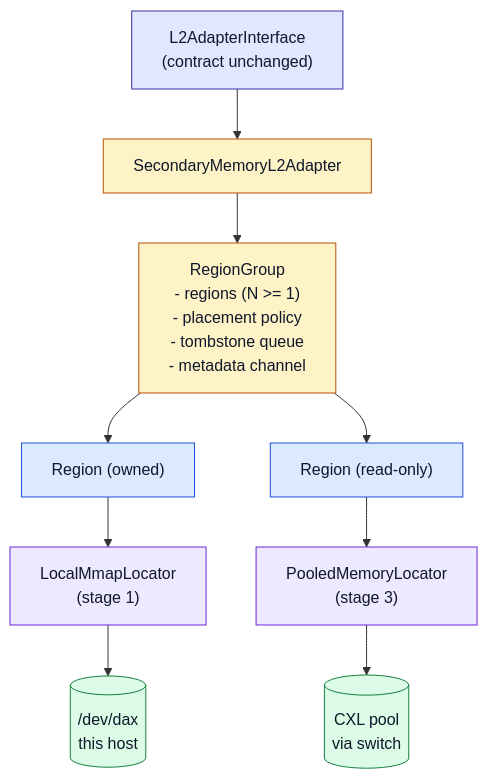
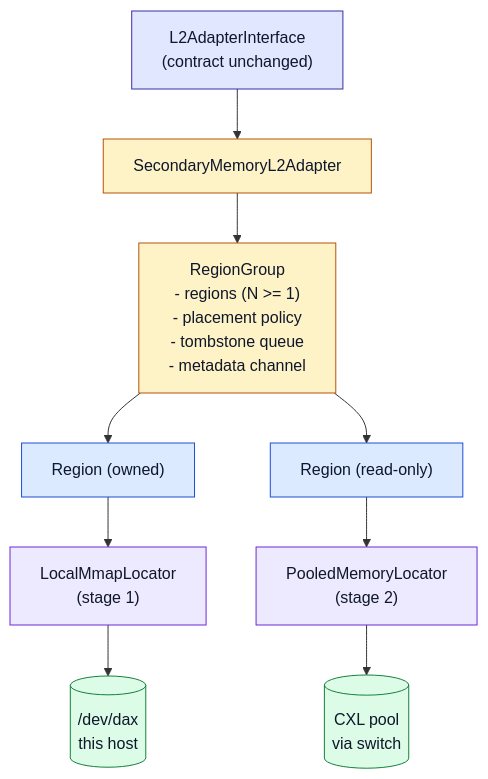
The diagram in docs/design/v1/distributed/l2_adapters/figures/design_overview.mmd (LMCache/LMCache), drawn with Mermaid before and after one commit. The commit also changed 2 other files, not shown here.

```diff
--- a/docs/design/v1/distributed/l2_adapters/figures/design_overview.mmd
+++ b/docs/design/v1/distributed/l2_adapters/figures/design_overview.mmd
@@ -1,30 +1,30 @@
 %% SecondaryMemoryL2Adapter design overview. Locators are the topology integration point.
 flowchart TB
   IFACE["L2AdapterInterface<br/>(contract unchanged)"]
   ADAPTER["SecondaryMemoryL2Adapter"]
   GROUP["RegionGroup<br/>- regions (N >= 1)<br/>- placement policy<br/>- tombstone queue<br/>- metadata channel"]
   ROWNED["Region (owned)"]
   RREAD["Region (read-only)"]
   LOCAL["LocalMmapLocator<br/>(stage 1)"]
-  POOLED["PooledMemoryLocator<br/>(stage 3)"]
+  POOLED["PooledMemoryLocator<br/>(stage 2)"]
   DAX[("/dev/dax<br/>this host")]
   POOL[("CXL pool<br/>via switch")]
 
   IFACE --> ADAPTER --> GROUP
   GROUP --> ROWNED
   GROUP --> RREAD
   ROWNED --> LOCAL
   RREAD --> POOLED
   LOCAL --> DAX
   POOLED --> POOL
 
   classDef api fill:#e0e7ff,stroke:#3730a3,color:#0f172a;
   classDef core fill:#fef3c7,stroke:#b45309,color:#0f172a;
   classDef region fill:#dbeafe,stroke:#1d4ed8,color:#0f172a;
   classDef loc fill:#ede9fe,stroke:#6d28d9,color:#0f172a;
   classDef mem fill:#dcfce7,stroke:#15803d,color:#0f172a;
   class IFACE api;
   class ADAPTER,GROUP core;
   class ROWNED,RREAD region;
   class LOCAL,POOLED loc;
   class DAX,POOL mem;
```
